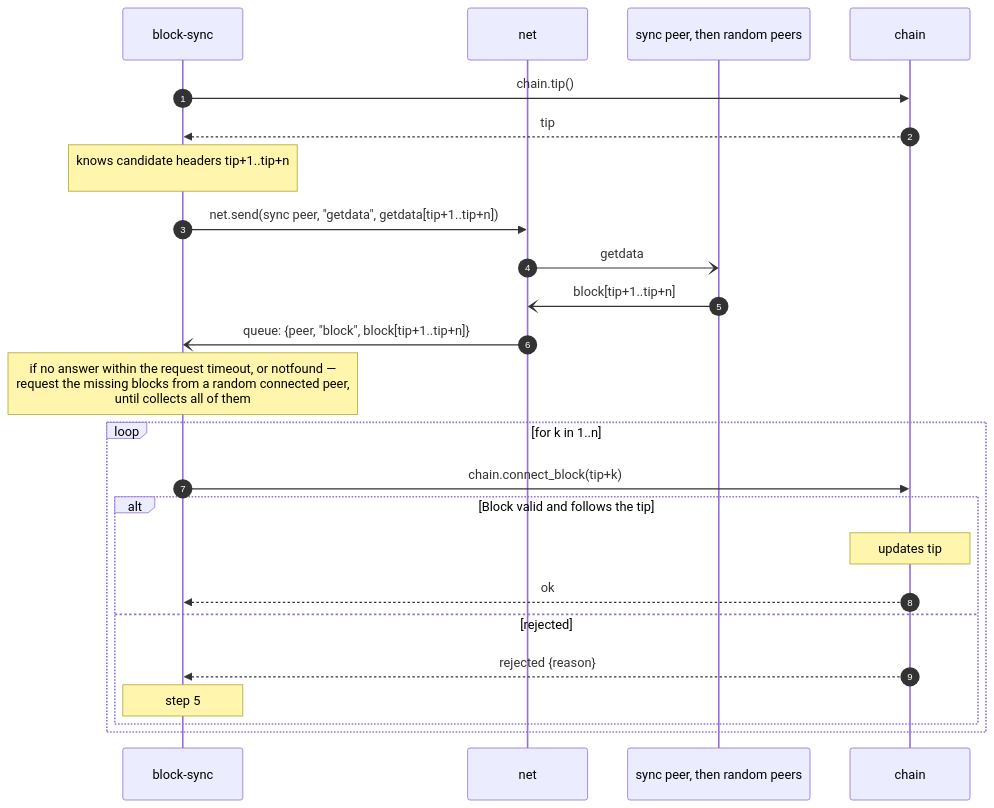
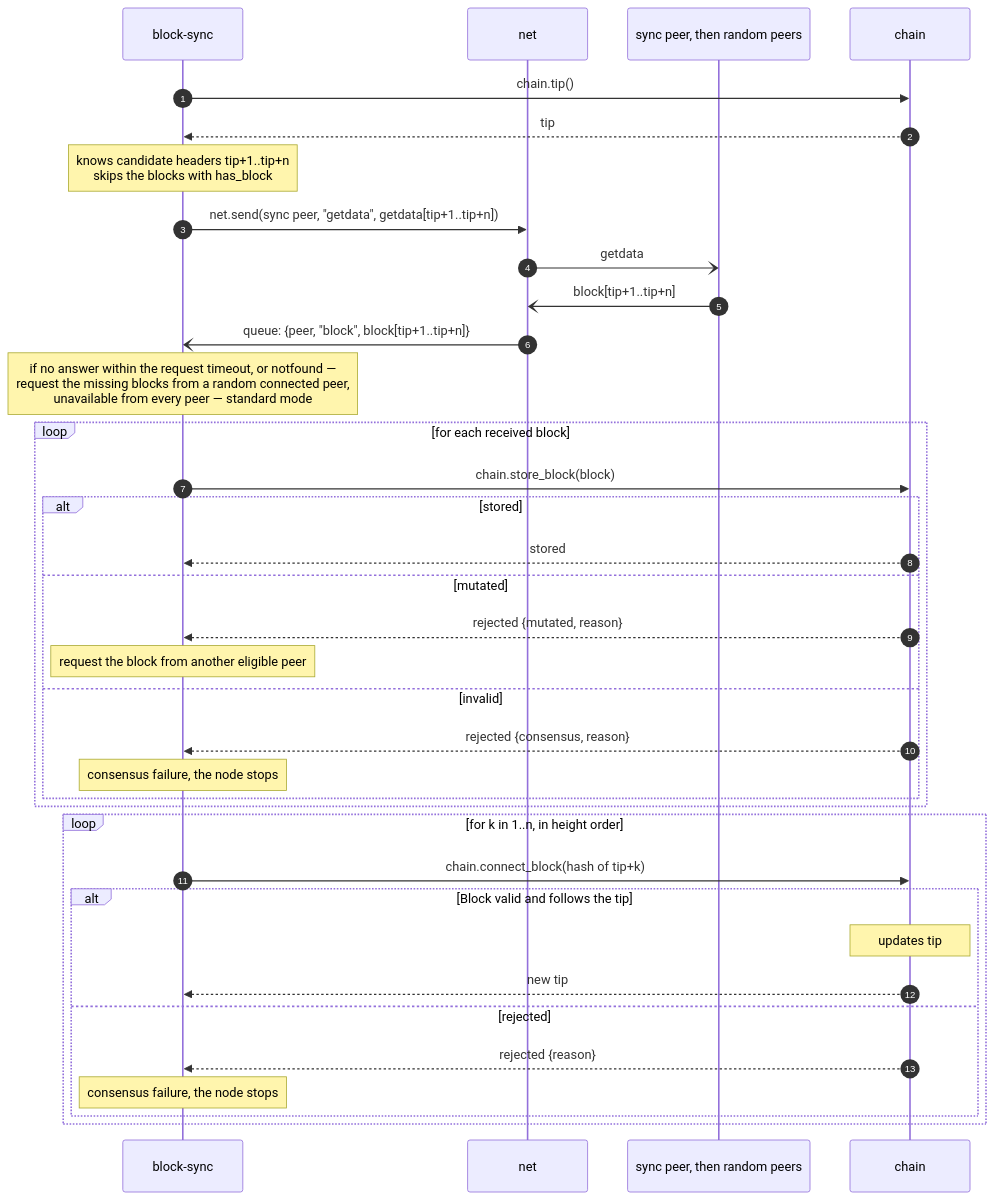
Before and after one commit to VakthundBTC/vakthund: the second of 2 diagrams in docs/flows/mode-ibd.md, drawn with Mermaid. The commit also changed other lines of this file and 5 other files, not shown here.

Commit message:
Update block downloading flow

````diff
--- a/docs/flows/mode-ibd.md
+++ b/docs/flows/mode-ibd.md
@@ -70,26 +71,38 @@
 ```mermaid
 sequenceDiagram
     autonumber
     participant BS as block-sync
     participant N as net
     participant P as sync peer, then random peers
     participant C as chain
     BS ->> C: chain.tip()
     C -->> BS: tip
-    Note over BS: knows candidate headers tip+1..tip+n<br/>
+    Note over BS: knows candidate headers tip+1..tip+n<br/>skips the blocks with has_block
     BS ->> N: net.send(sync peer, "getdata", getdata[tip+1..tip+n])
     N -) P: getdata
     P -) N: block[tip+1..tip+n]
     N -) BS: queue: {peer, "block", block[tip+1..tip+n]}
-    Note over BS: if no answer within the request timeout, or notfound —<br/>request the missing blocks from a random connected peer,<br/>until collects all of them
-    loop for k in 1..n
-        BS ->> C: chain.connect_block(tip+k)
+    Note over BS: if no answer within the request timeout, or notfound —<br/>request the missing blocks from a random connected peer,<br/>unavailable from every peer — standard mode
+    loop for each received block
+        BS ->> C: chain.store_block(block)
+        alt stored
+            C -->> BS: stored
+        else mutated
+            C -->> BS: rejected {mutated, reason}
+            Note over BS: request the block from another eligible peer
+        else invalid
+            C -->> BS: rejected {consensus, reason}
+            Note over BS: consensus failure, the node stops
+        end
+    end
+    loop for k in 1..n, in height order
+        BS ->> C: chain.connect_block(hash of tip+k)
         alt Block valid and follows the tip
             Note over C: updates tip
-            C -->> BS: ok
+            C -->> BS: new tip
         else rejected
             C -->> BS: rejected {reason}
-            Note over BS: step 5
+            Note over BS: consensus failure, the node stops
         end
     end
 ```
````
